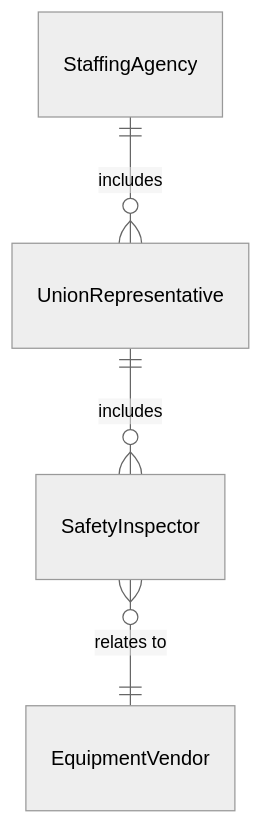
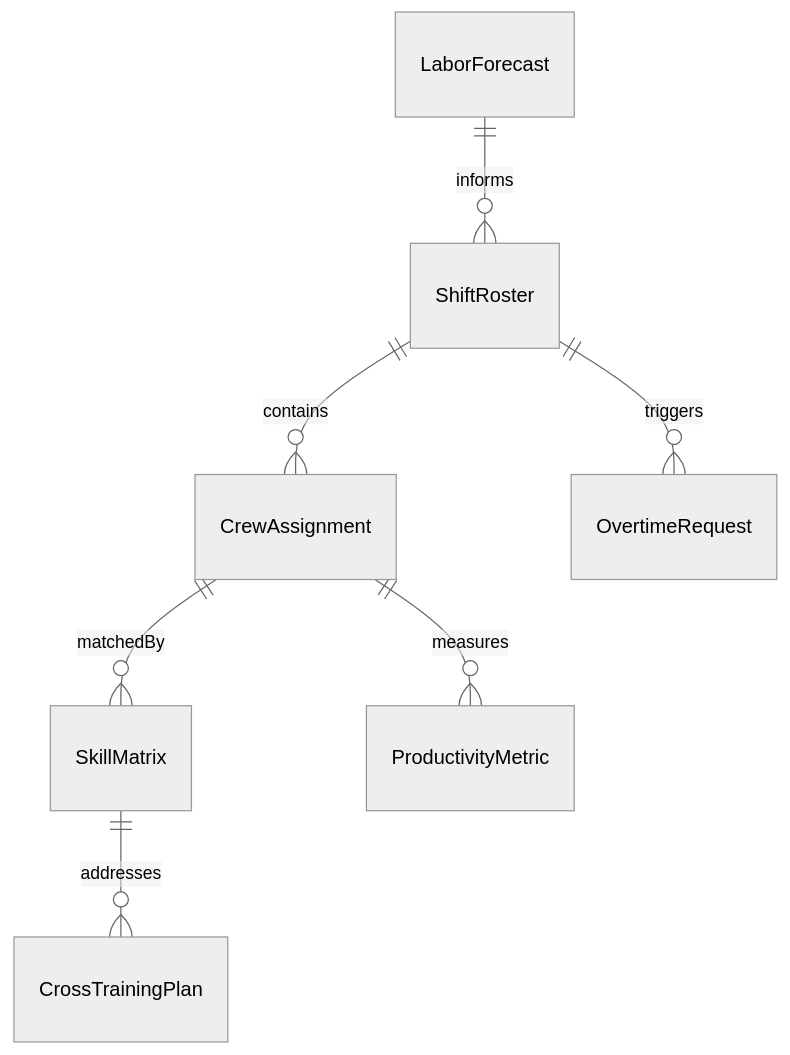
The first of 4 diagrams in GuidingDirectingAndMotivatingSubordinates/DirectOrganizationalOperationsActivitiesOrProcedures/CoordinateActivitiesProductionPersonnel.mdx (dot-org-ai/tasks.org.ai), drawn with Mermaid (neutral theme) before and after one commit. The commit also changed other lines of this file and 515 other files, not shown here.

````diff
--- a/GuidingDirectingAndMotivatingSubordinates/DirectOrganizationalOperationsActivitiesOrProcedures/CoordinateActivitiesProductionPersonnel.mdx
+++ b/GuidingDirectingAndMotivatingSubordinates/DirectOrganizationalOperationsActivitiesOrProcedures/CoordinateActivitiesProductionPersonnel.mdx
@@ -90,6 +90,9 @@
 ```mermaid
 erDiagram
-    StaffingAgency ||--o{ UnionRepresentative : includes
-    UnionRepresentative ||--o{ SafetyInspector : includes
-    SafetyInspector }o--|| EquipmentVendor : "relates to"
+    ShiftRoster ||--o{ CrewAssignment : contains
+    CrewAssignment ||--o{ SkillMatrix : matchedBy
+    CrewAssignment ||--o{ ProductivityMetric : measures
+    ShiftRoster ||--o{ OvertimeRequest : triggers
+    SkillMatrix ||--o{ CrossTrainingPlan : addresses
+    LaborForecast ||--o{ ShiftRoster : informs
 ```
````
